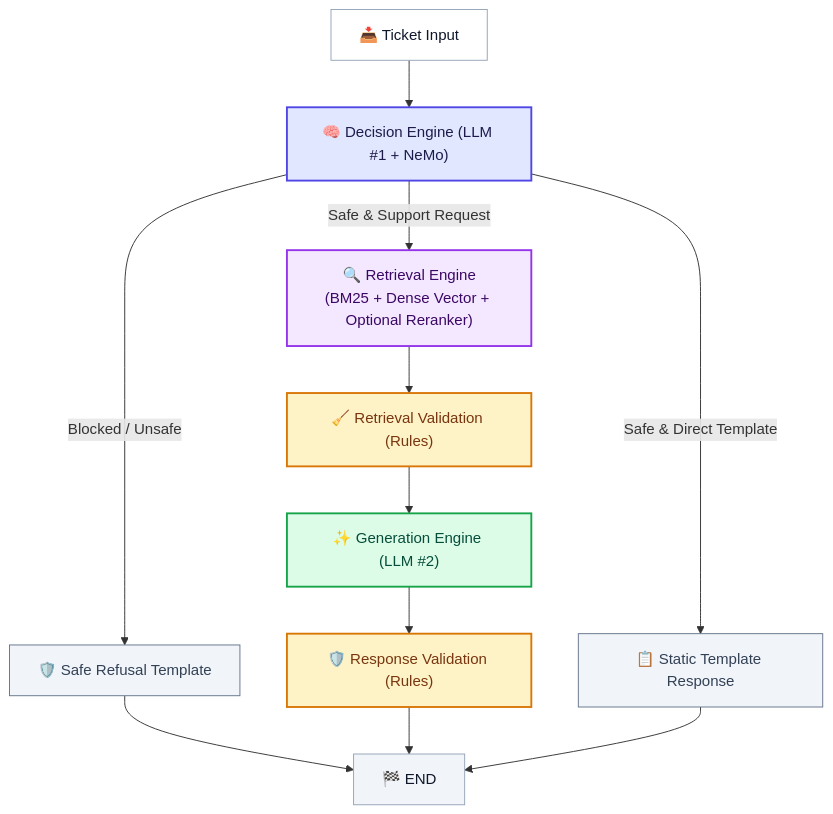
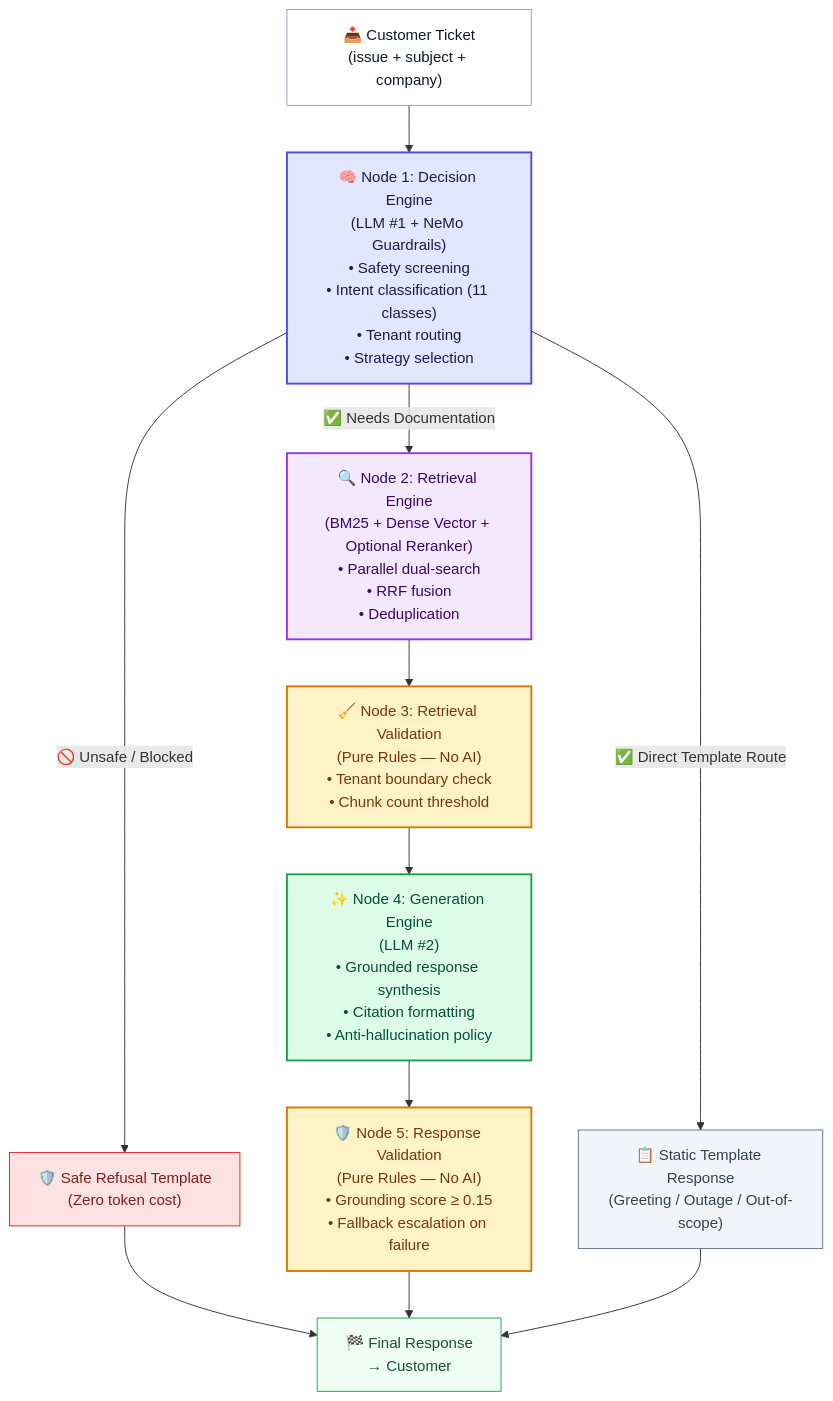
The diagram in README.md (ChandraCherupally/SupportSphere-AI), drawn with Mermaid before and after one commit. The commit also changed other lines of this file and 17 other files, not shown here.

Commit message:
Finalize production architecture

````diff
--- a/README.md
+++ b/README.md
@@ -108,26 +171,26 @@
 ```mermaid
 flowchart TD
-    Input["📥 Ticket Input"] --> Decision["🧠 Decision Engine (LLM #1 + NeMo)"]
+    Input["📥 Customer Ticket\n(issue + subject + company)"] --> Decision["🧠 Node 1: Decision Engine\n(LLM #1 + NeMo Guardrails)\n• Safety screening\n• Intent classification (11 classes)\n• Tenant routing\n• Strategy selection"]
     
-    Decision -->|"Blocked / Unsafe"| Refusal["🛡️ Safe Refusal Template"]
-    Decision -->|"Safe & Support Request"| Retrieval["🔍 Retrieval Engine\n(BM25 + Dense Vector + Optional Reranker)"]
-    Decision -->|"Safe & Direct Template"| Template["📋 Static Template Response"]
+    Decision -->|"🚫 Unsafe / Blocked"| Refusal["🛡️ Safe Refusal Template\n(Zero token cost)"]
+    Decision -->|"✅ Needs Documentation"| Retrieval["🔍 Node 2: Retrieval Engine\n(BM25 + Dense Vector + Optional Reranker)\n• Parallel dual-search\n• RRF fusion\n• Deduplication"]
+    Decision -->|"✅ Direct Template Route"| Template["📋 Static Template Response\n(Greeting / Outage / Out-of-scope)"]
 
-    Retrieval --> RetVal["🧹 Retrieval Validation (Rules)"]
-    RetVal --> Gen["✨ Generation Engine (LLM #2)"]
-    Gen --> RespVal["🛡️ Response Validation (Rules)"]
+    Retrieval --> RetVal["🧹 Node 3: Retrieval Validation\n(Pure Rules — No AI)\n• Tenant boundary check\n• Chunk count threshold"]
+    RetVal --> Gen["✨ Node 4: Generation Engine\n(LLM #2)\n• Grounded response synthesis\n• Citation formatting\n• Anti-hallucination policy"]
+    Gen --> RespVal["🛡️ Node 5: Response Validation\n(Pure Rules — No AI)\n• Grounding score ≥ 0.15\n• Fallback escalation on failure"]
 
-    Refusal --> End["🏁 END"]
+    Refusal --> End["🏁 Final Response\n→ Customer"]
     RespVal --> End
     Template --> End
 
     style Decision fill:#e0e7ff,stroke:#4f46e5,stroke-width:2px,color:#1e1b4b
     style Retrieval fill:#f3e8ff,stroke:#9333ea,stroke-width:2px,color:#3b0764
     style RetVal fill:#fef3c7,stroke:#d97706,stroke-width:2px,color:#78350f
     style Gen fill:#dcfce7,stroke:#16a34a,stroke-width:2px,color:#064e3b
     style RespVal fill:#fef3c7,stroke:#d97706,stroke-width:2px,color:#78350f
-    style Refusal fill:#f1f5f9,stroke:#64748b,stroke-width:1px,color:#334155
+    style Refusal fill:#fee2e2,stroke:#dc2626,stroke-width:1px,color:#7f1d1d
     style Template fill:#f1f5f9,stroke:#64748b,stroke-width:1px,color:#334155
     style Input fill:#ffffff,stroke:#94a3b8,stroke-width:1px,color:#0f172a
-    style End fill:#f1f5f9,stroke:#94a3b8,stroke-width:1px,color:#0f172a
+    style End fill:#f0fdf4,stroke:#16a34a,stroke-width:1px,color:#14532d
 ```
````
